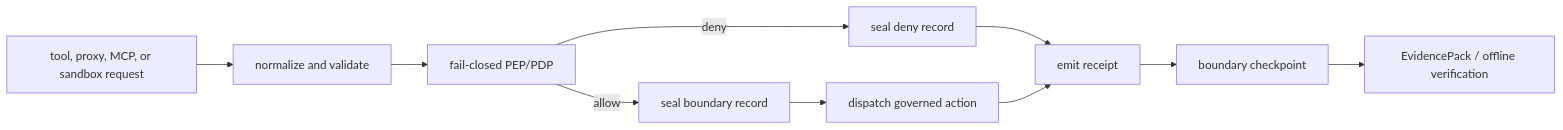
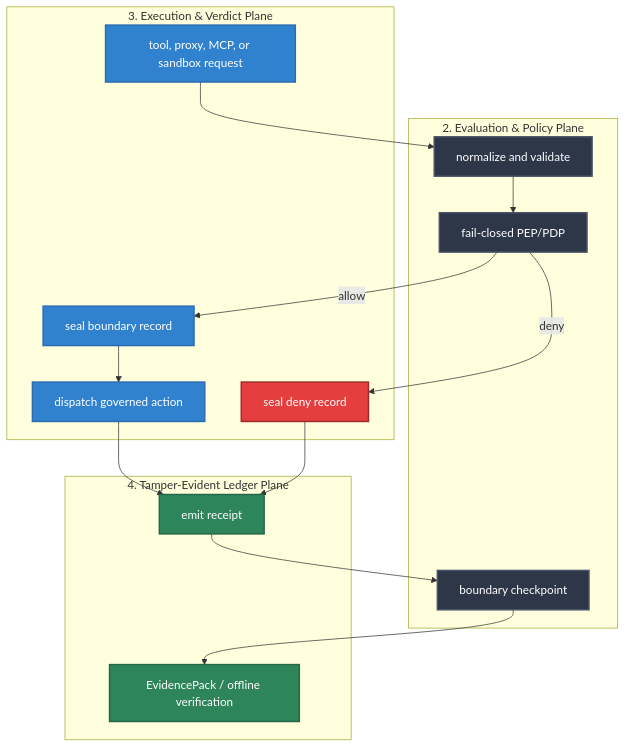
The diagram in docs/reference/execution-boundary.md (Mindburn-Labs/helm-ai-kernel), drawn with Mermaid before and after one commit. The commit also changed other lines of this file and 330 other files, not shown here.

````diff
--- a/docs/reference/execution-boundary.md
+++ b/docs/reference/execution-boundary.md
@@ -20,12 +20,42 @@
 ```mermaid
-flowchart LR
-  Request["tool, proxy, MCP, or sandbox request"] --> Normalize["normalize and validate"]
-  Normalize --> PDP["fail-closed PEP/PDP"]
-  PDP -->|allow| Record["seal boundary record"]
-  PDP -->|deny| Deny["seal deny record"]
-  Record --> Dispatch["dispatch governed action"]
-  Deny --> Receipt["emit receipt"]
-  Dispatch --> Receipt
-  Receipt --> Checkpoint["boundary checkpoint"]
-  Checkpoint --> Evidence["EvidencePack / offline verification"]
+flowchart TD
+    subgraph Evaluation["2. Evaluation & Policy Plane"]
+        Normalize["normalize and validate"]
+        PDP["fail-closed PEP/PDP"]
+        Checkpoint["boundary checkpoint"]
+    end
+
+    subgraph Execution["3. Execution & Verdict Plane"]
+        Request["tool, proxy, MCP, or sandbox request"]
+        Record["seal boundary record"]
+        Deny["seal deny record"]
+        Dispatch["dispatch governed action"]
+    end
+
+    subgraph Ledger["4. Tamper-Evident Ledger Plane"]
+        Receipt["emit receipt"]
+        Evidence["EvidencePack / offline verification"]
+    end
+
+    %% Operational Flow Edges
+    Request --> Normalize
+    Normalize --> PDP
+    PDP -->|allow| Record
+    PDP -->|deny| Deny
+    Record --> Dispatch
+    Deny --> Receipt
+    Dispatch --> Receipt
+    Receipt --> Checkpoint
+    Checkpoint --> Evidence
+
+    %% Premium Styling Rules
+    style Request fill:#3182ce,stroke:#2b6cb0,stroke-width:2px,color:#fff
+    style Normalize fill:#2d3748,stroke:#4a5568,stroke-width:2px,color:#fff
+    style PDP fill:#2d3748,stroke:#4a5568,stroke-width:2px,color:#fff
+    style Record fill:#3182ce,stroke:#2b6cb0,stroke-width:2px,color:#fff
+    style Deny fill:#e53e3e,stroke:#9b2c2c,stroke-width:2px,color:#fff
+    style Dispatch fill:#3182ce,stroke:#2b6cb0,stroke-width:2px,color:#fff
+    style Receipt fill:#2f855a,stroke:#276749,stroke-width:2px,color:#fff
+    style Checkpoint fill:#2d3748,stroke:#4a5568,stroke-width:2px,color:#fff
+    style Evidence fill:#2f855a,stroke:#276749,stroke-width:2px,color:#fff
 ```
````
